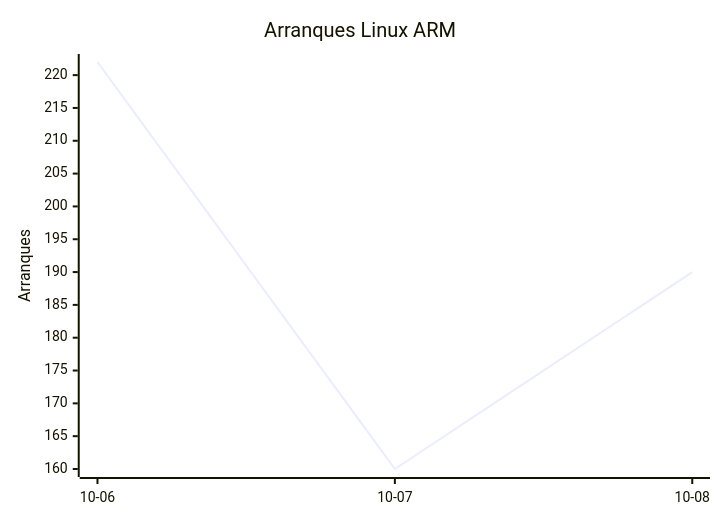
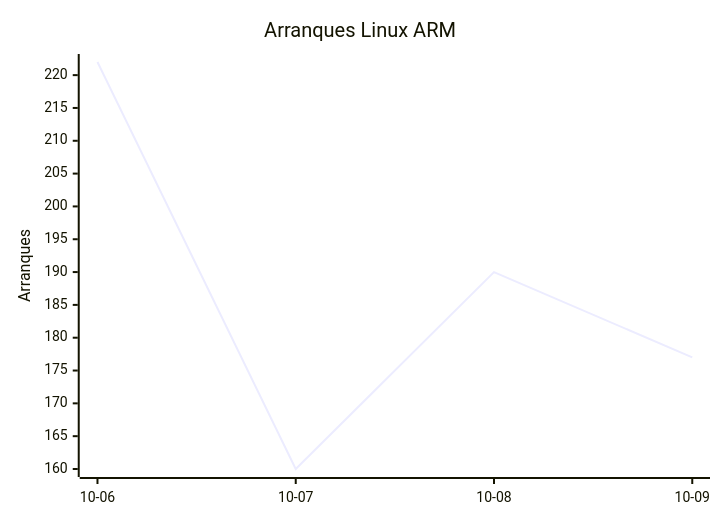
The second of 8 diagrams in README.md (EmuDeck/stats), drawn with Mermaid before and after one commit. The commit also changed other lines of this file and 2 other files, not shown here.

````diff
--- a/README.md
+++ b/README.md
@@ -26,7 +26,7 @@
 ```mermaid
 xychart-beta
     title "Arranques Linux ARM"
-    x-axis ["10-06", "10-07", "10-08"]
+    x-axis ["10-06", "10-07", "10-08", "10-09"]
     y-axis "Arranques"
-    line [222, 160, 190]
+    line [222, 160, 190, 177]
 ```
````
